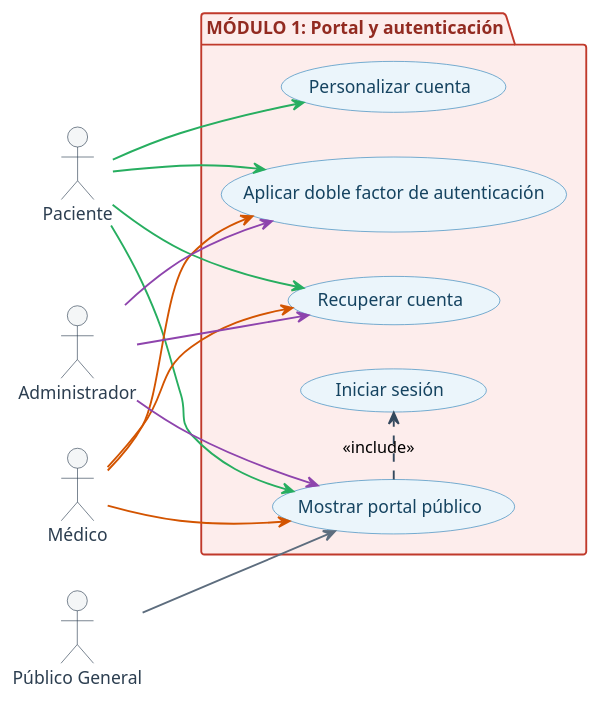
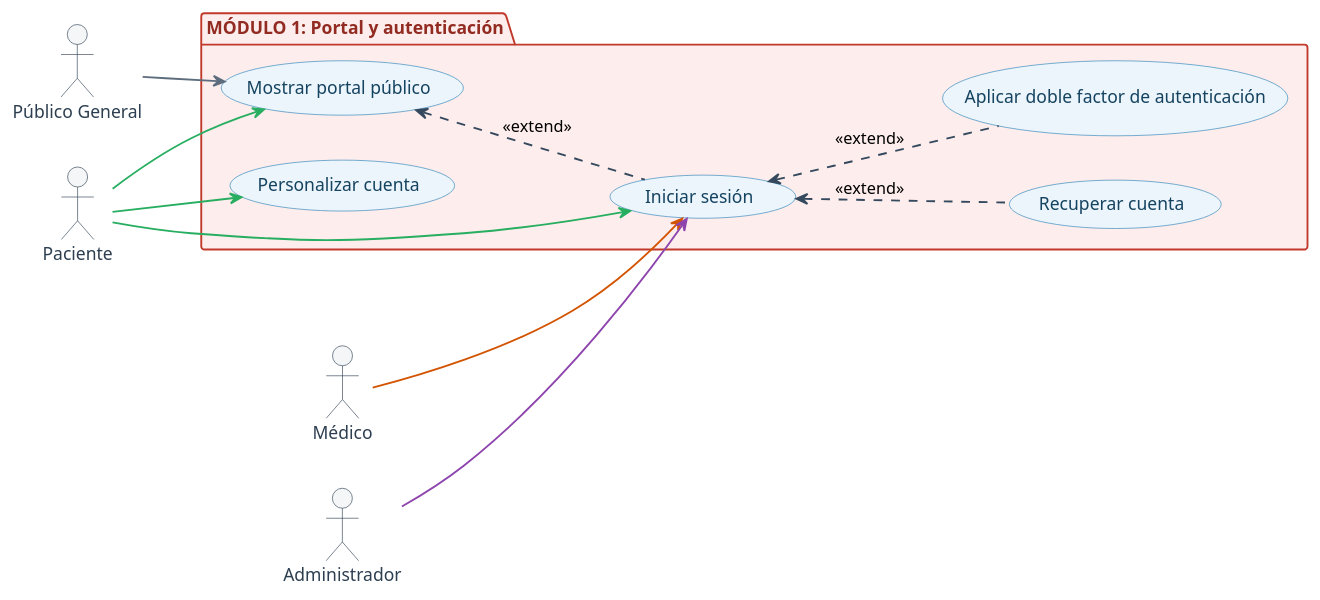
The diagram in docs/diagrams/casos_de_uso/modulo_1_autenticacion.puml (aron-quito/si-salud), drawn with PlantUML before and after one commit. The commit also changed 21 other files, not shown here.

```diff
--- a/docs/diagrams/casos_de_uso/modulo_1_autenticacion.puml
+++ b/docs/diagrams/casos_de_uso/modulo_1_autenticacion.puml
@@ -1,56 +1,53 @@
 @startuml
 left to right direction
 
 skinparam shadowing false
 skinparam actor {
   BackgroundColor #F4F6F7
   BorderColor #2C3E50
   FontColor #2C3E50
 }
 skinparam usecase {
   BackgroundColor #EBF5FB
   BorderColor #2980B9
   FontColor #154360
   ArrowColor #2980B9
 }
 skinparam arrow {
   Color #34495E
   Thickness 1.5
 }
 skinparam package {
   BackgroundColor #FDEDEC
   BorderColor #C0392B
   FontColor #922B21
 }
 
 
 actor "Público General" as Pub
 actor "Paciente" as Pac
 actor "Médico" as Med
 actor "Administrador" as Adm
 
 package "MÓDULO 1: Portal y autenticación" {
   usecase "Mostrar portal público" as UC1
   usecase "Iniciar sesión" as UC2
   usecase "Recuperar cuenta" as UC3
   usecase "Aplicar doble factor de autenticación" as UC5
   usecase "Personalizar cuenta" as UC4
 }
 
-UC1 .> UC2 : <<include>>
+UC1 <.. UC2 : <<extend>>
+UC2 <.. UC5 : <<extend>>
+UC2 <.. UC3 : <<extend>>
 
 Pub -[#5D6D7E]-> UC1
 
 Pac -[#27AE60]-> UC1
-Pac -[#27AE60]-> UC3
-Pac -[#27AE60]-> UC5
+Pac -[#27AE60]-> UC2
 Pac -[#27AE60]-> UC4
 
-Med -[#D35400]-> UC1
-Med -[#D35400]-> UC3
-Med -[#D35400]-> UC5
+Med -[#D35400]-> UC2
 
-Adm -[#8E44AD]-> UC1
-Adm -[#8E44AD]-> UC3
-Adm -[#8E44AD]-> UC5
+Adm -[#8E44AD]-> UC2
 @enduml
```
